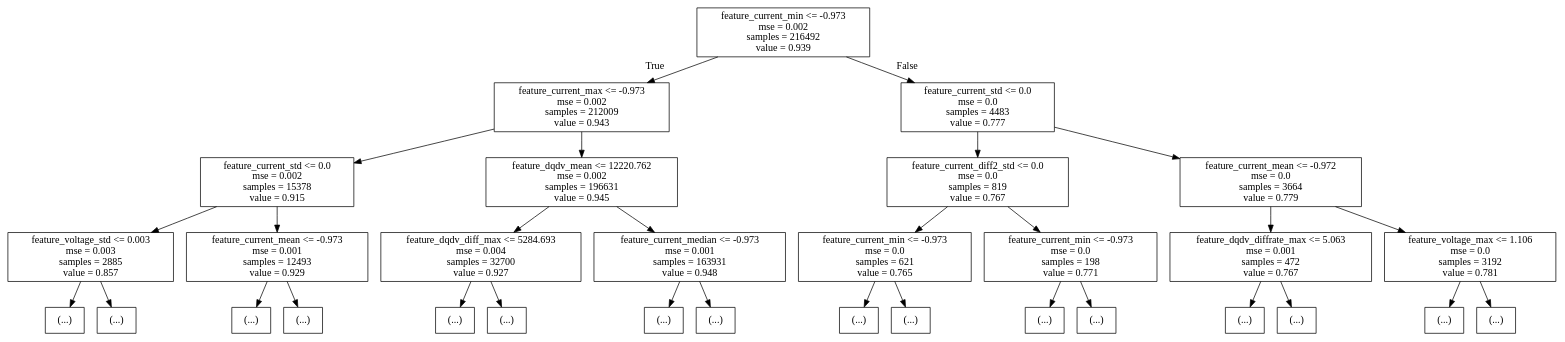
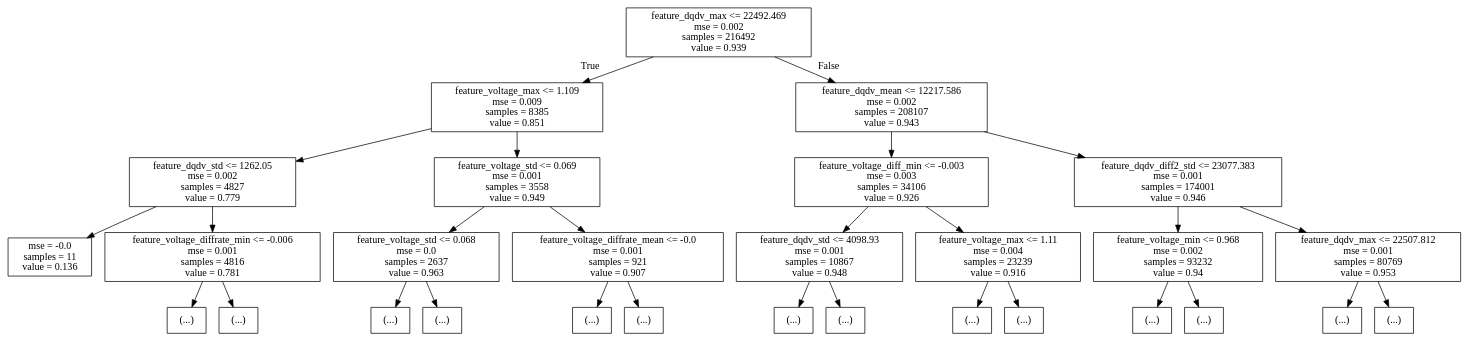
Before and after one commit to johnnyWzq/cell_test_data: the diagram in discharge_g_pkl/dt_depth3.dot, drawn with Graphviz. The commit also changed 19 other files, not shown here.

Commit message:
drop feature of current and new model

```diff
--- a/discharge_g_pkl/dt_depth3.dot
+++ b/discharge_g_pkl/dt_depth3.dot
@@ -1,64 +1,60 @@
 digraph Tree {
 node [shape=box] ;
-0 [label="feature_current_min <= -0.973\nmse = 0.002\nsamples = 216492\nvalue = 0.939"] ;
-1 [label="feature_current_max <= -0.973\nmse = 0.002\nsamples = 212009\nvalue = 0.943"] ;
+0 [label="feature_dqdv_max <= 22492.469\nmse = 0.002\nsamples = 216492\nvalue = 0.939"] ;
+1 [label="feature_voltage_max <= 1.109\nmse = 0.009\nsamples = 8385\nvalue = 0.851"] ;
 0 -> 1 [labeldistance=2.5, labelangle=45, headlabel="True"] ;
-2 [label="feature_current_std <= 0.0\nmse = 0.002\nsamples = 15378\nvalue = 0.915"] ;
+2 [label="feature_dqdv_std <= 1262.05\nmse = 0.002\nsamples = 4827\nvalue = 0.779"] ;
 1 -> 2 ;
-3 [label="feature_voltage_std <= 0.003\nmse = 0.003\nsamples = 2885\nvalue = 0.857"] ;
+3 [label="mse = -0.0\nsamples = 11\nvalue = 0.136"] ;
 2 -> 3 ;
-4 [label="(...)"] ;
-3 -> 4 ;
+4 [label="feature_voltage_diffrate_min <= -0.006\nmse = 0.001\nsamples = 4816\nvalue = 0.781"] ;
+2 -> 4 ;
 5 [label="(...)"] ;
-3 -> 5 ;
-1852 [label="feature_current_mean <= -0.973\nmse = 0.001\nsamples = 12493\nvalue = 0.929"] ;
-2 -> 1852 ;
-1853 [label="(...)"] ;
-1852 -> 1853 ;
-6630 [label="(...)"] ;
-1852 -> 6630 ;
-7593 [label="feature_dqdv_mean <= 12220.762\nmse = 0.002\nsamples = 196631\nvalue = 0.945"] ;
-1 -> 7593 ;
-7594 [label="feature_dqdv_diff_max <= 5284.693\nmse = 0.004\nsamples = 32700\nvalue = 0.927"] ;
-7593 -> 7594 ;
-7595 [label="(...)"] ;
-7594 -> 7595 ;
-7624 [label="(...)"] ;
-7594 -> 7624 ;
-32195 [label="feature_current_median <= -0.973\nmse = 0.001\nsamples = 163931\nvalue = 0.948"] ;
-7593 -> 32195 ;
-32196 [label="(...)"] ;
-32195 -> 32196 ;
-96689 [label="(...)"] ;
-32195 -> 96689 ;
-121886 [label="feature_current_std <= 0.0\nmse = 0.0\nsamples = 4483\nvalue = 0.777"] ;
-0 -> 121886 [labeldistance=2.5, labelangle=-45, headlabel="False"] ;
-121887 [label="feature_current_diff2_std <= 0.0\nmse = 0.0\nsamples = 819\nvalue = 0.767"] ;
-121886 -> 121887 ;
-121888 [label="feature_current_min <= -0.973\nmse = 0.0\nsamples = 621\nvalue = 0.765"] ;
-121887 -> 121888 ;
-121889 [label="(...)"] ;
-121888 -> 121889 ;
-121990 [label="(...)"] ;
-121888 -> 121990 ;
-122207 [label="feature_current_min <= -0.973\nmse = 0.0\nsamples = 198\nvalue = 0.771"] ;
-121887 -> 122207 ;
-122208 [label="(...)"] ;
-122207 -> 122208 ;
-122211 [label="(...)"] ;
-122207 -> 122211 ;
-122274 [label="feature_current_mean <= -0.972\nmse = 0.0\nsamples = 3664\nvalue = 0.779"] ;
-121886 -> 122274 ;
-122275 [label="feature_dqdv_diffrate_max <= 5.063\nmse = 0.001\nsamples = 472\nvalue = 0.767"] ;
-122274 -> 122275 ;
-122276 [label="(...)"] ;
-122275 -> 122276 ;
-122505 [label="(...)"] ;
-122275 -> 122505 ;
-122512 [label="feature_voltage_max <= 1.106\nmse = 0.0\nsamples = 3192\nvalue = 0.781"] ;
-122274 -> 122512 ;
-122513 [label="(...)"] ;
-122512 -> 122513 ;
-124258 [label="(...)"] ;
-122512 -> 124258 ;
+4 -> 5 ;
+94 [label="(...)"] ;
+4 -> 94 ;
+2979 [label="feature_voltage_std <= 0.069\nmse = 0.001\nsamples = 3558\nvalue = 0.949"] ;
+1 -> 2979 ;
+2980 [label="feature_voltage_std <= 0.068\nmse = 0.0\nsamples = 2637\nvalue = 0.963"] ;
+2979 -> 2980 ;
+2981 [label="(...)"] ;
+2980 -> 2981 ;
+3988 [label="(...)"] ;
+2980 -> 3988 ;
+5069 [label="feature_voltage_diffrate_mean <= -0.0\nmse = 0.001\nsamples = 921\nvalue = 0.907"] ;
+2979 -> 5069 ;
+5070 [label="(...)"] ;
+5069 -> 5070 ;
+5397 [label="(...)"] ;
+5069 -> 5397 ;
+5838 [label="feature_dqdv_mean <= 12217.586\nmse = 0.002\nsamples = 208107\nvalue = 0.943"] ;
+0 -> 5838 [labeldistance=2.5, labelangle=-45, headlabel="False"] ;
+5839 [label="feature_voltage_diff_min <= -0.003\nmse = 0.003\nsamples = 34106\nvalue = 0.926"] ;
+5838 -> 5839 ;
+5840 [label="feature_dqdv_std <= 4098.93\nmse = 0.001\nsamples = 10867\nvalue = 0.948"] ;
+5839 -> 5840 ;
+5841 [label="(...)"] ;
+5840 -> 5841 ;
+6188 [label="(...)"] ;
+5840 -> 6188 ;
+16135 [label="feature_voltage_max <= 1.11\nmse = 0.004\nsamples = 23239\nvalue = 0.916"] ;
+5839 -> 16135 ;
+16136 [label="(...)"] ;
+16135 -> 16136 ;
+31567 [label="(...)"] ;
+16135 -> 31567 ;
+38432 [label="feature_dqdv_diff2_std <= 23077.383\nmse = 0.001\nsamples = 174001\nvalue = 0.946"] ;
+5838 -> 38432 ;
+38433 [label="feature_voltage_min <= 0.968\nmse = 0.002\nsamples = 93232\nvalue = 0.94"] ;
+38432 -> 38433 ;
+38434 [label="(...)"] ;
+38433 -> 38434 ;
+91657 [label="(...)"] ;
+38433 -> 91657 ;
+125602 [label="feature_dqdv_max <= 22507.812\nmse = 0.001\nsamples = 80769\nvalue = 0.953"] ;
+38432 -> 125602 ;
+125603 [label="(...)"] ;
+125602 -> 125603 ;
+179082 [label="(...)"] ;
+125602 -> 179082 ;
 }
```
